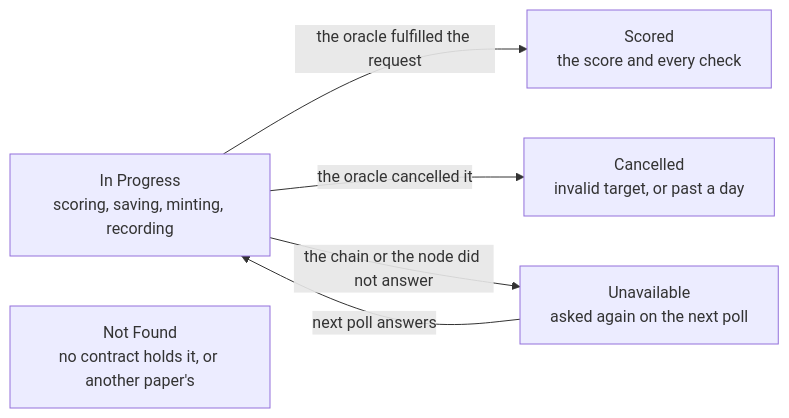
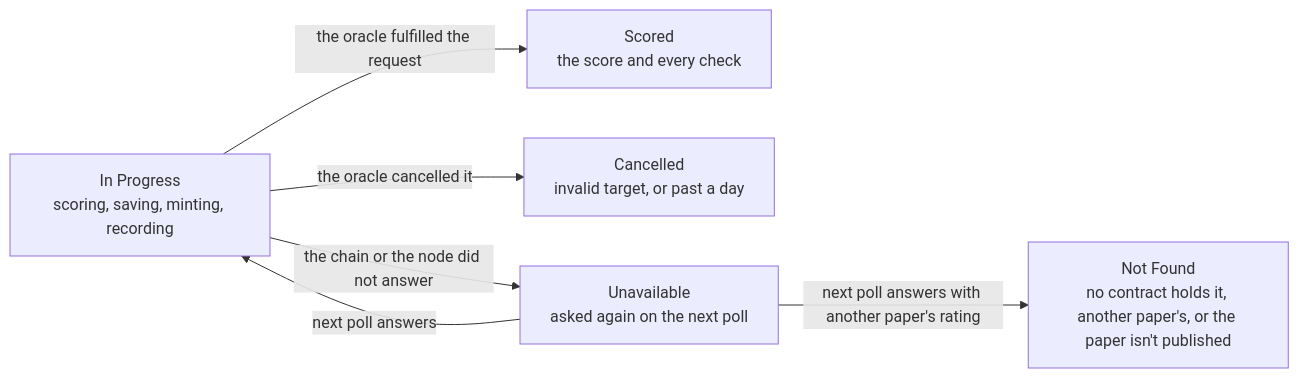
One commit to SiegfriedBz/labstrail changed the diagram in .omm/state-transitions/rating-page/diagram.mmd. Above: the diagram before and after it, drawn with Mermaid. The commit also changed 12 other files, not shown here.

```diff
--- a/.omm/state-transitions/rating-page/diagram.mmd
+++ b/.omm/state-transitions/rating-page/diagram.mmd
@@ -1,6 +1,6 @@
 graph LR
     in-progress["In Progress\nscoring, saving, minting, recording"] -->|"the oracle fulfilled the request"| scored["Scored\nthe score and every check"]
     in-progress -->|"the oracle cancelled it"| cancelled["Cancelled\ninvalid target, or past a day"]
     in-progress -->|"the chain or the node did not answer"| unavailable["Unavailable\nasked again on the next poll"]
     unavailable -->|"next poll answers"| in-progress
-    not-found["Not Found\nno contract holds it, or another paper's"]
+    unavailable -->|"next poll answers with another paper's rating"| not-found["Not Found\nno contract holds it, another paper's, or the paper isn't published"]
```
